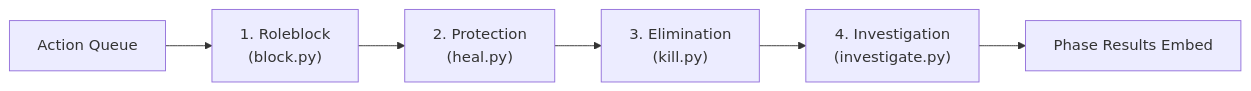
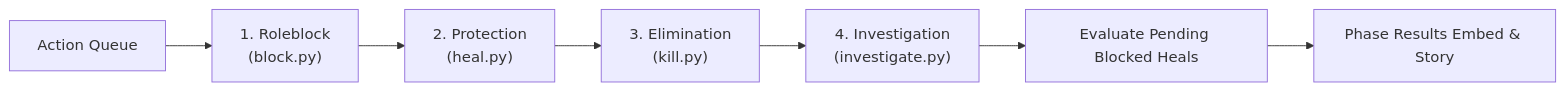
Before and after one commit to asch053/IC-Mafia-Bot: the diagram in game/actions/Game_Actions_Overview.md, drawn with Mermaid. The commit also changed other lines of this file and 25 other files, not shown here.

````diff
--- a/game/actions/Game_Actions_Overview.md
+++ b/game/actions/Game_Actions_Overview.md
@@ -25,8 +39,9 @@
 ```mermaid
 flowchart LR
     Queue["Action Queue"] --> B["1. Roleblock<br>(block.py)"]
     B --> H["2. Protection<br>(heal.py)"]
     H --> K["3. Elimination<br>(kill.py)"]
     K --> I["4. Investigation<br>(investigate.py)"]
-    I --> Report["Phase Results Embed"]
+    I --> Pending["Evaluate Pending Blocked Heals"]
+    Pending --> Report["Phase Results Embed & Story"]
 ```
````
